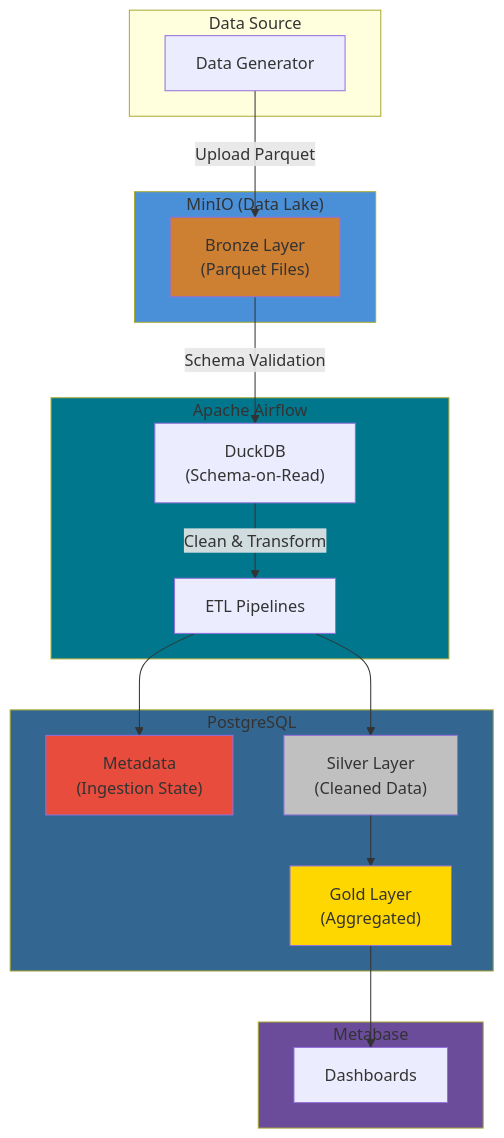
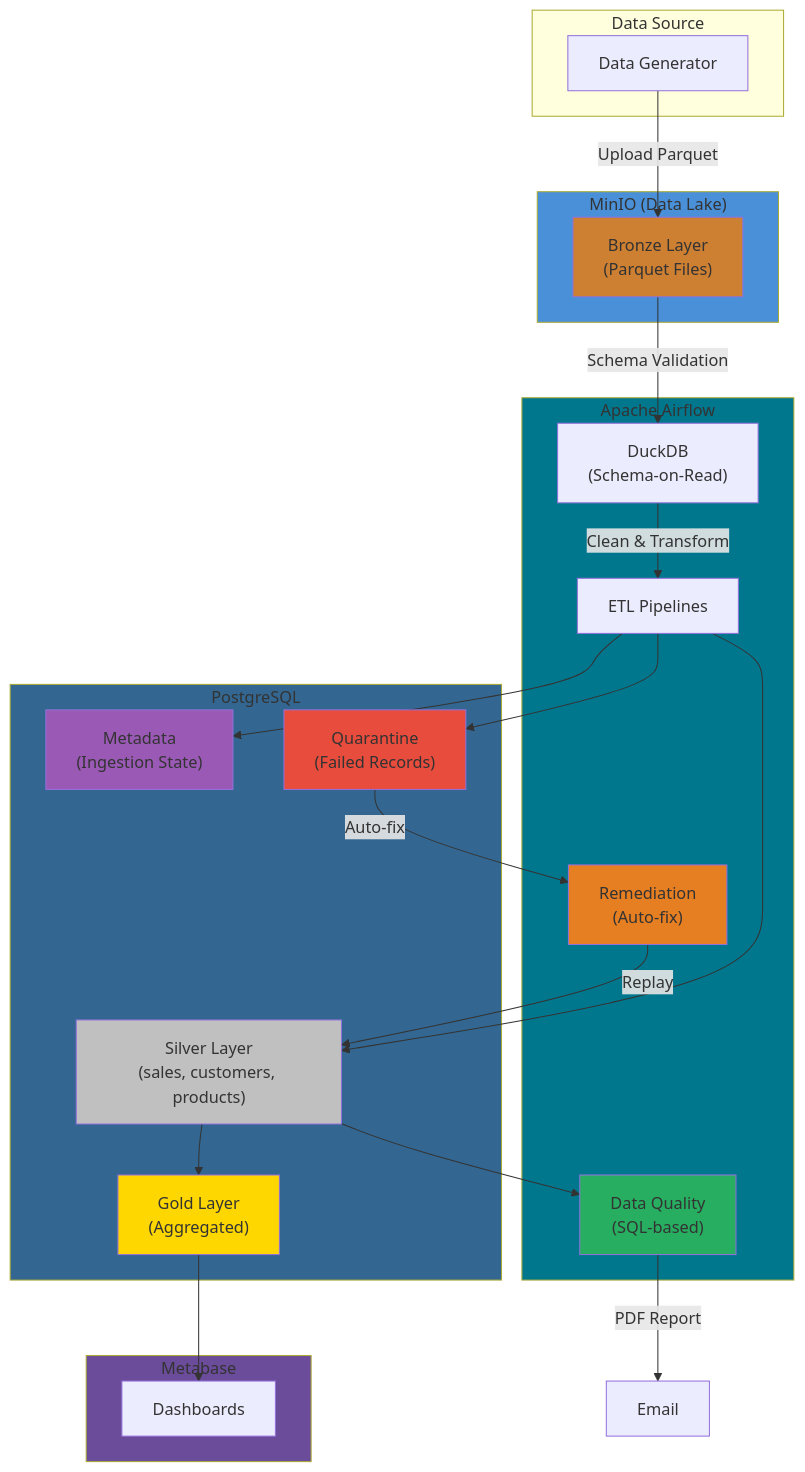
Before and after one commit to Airlectric/Amalitech_CI-CD-and-Workflow-Automation_Mini-Data-Mart: the first of 10 diagrams in docs/architecture/architecture.md, drawn with Mermaid. The commit also changed other lines of this file and 10 other files, not shown here.

````diff
--- a/docs/architecture/architecture.md
+++ b/docs/architecture/architecture.md
@@ -5,42 +5,53 @@
 ```mermaid
 flowchart TB
     subgraph Source["Data Source"]
         DG["Data Generator"]
     end
 
     subgraph Lake["MinIO (Data Lake)"]
         Bronze["Bronze Layer<br/>(Parquet Files)"]
     end
 
     subgraph Airflow["Apache Airflow"]
         DuckDB["DuckDB<br/>(Schema-on-Read)"]
         Pipeline["ETL Pipelines"]
+        Quality["Data Quality<br/>(SQL-based)"]
+        Remediation["Remediation<br/>(Auto-fix)"]
     end
 
     subgraph DW["PostgreSQL"]
         Metadata["Metadata<br/>(Ingestion State)"]
-        Silver["Silver Layer<br/>(Cleaned Data)"]
+        Quarantine["Quarantine<br/>(Failed Records)"]
+        Silver["Silver Layer<br/>(sales, customers, products)"]
         Gold["Gold Layer<br/>(Aggregated)"]
     end
 
     subgraph Viz["Metabase"]
         Dash["Dashboards"]
     end
 
     DG -->|Upload Parquet| Bronze
     Bronze -->|Schema Validation| DuckDB
     DuckDB -->|Clean & Transform| Pipeline
     Pipeline --> Metadata
     Pipeline --> Silver
+    Pipeline --> Quarantine
+    Silver --> Quality
+    Quality -->|PDF Report| Email
+    Quarantine -->|Auto-fix| Remediation
+    Remediation -->|Replay| Silver
     Silver --> Gold
     Gold --> Dash
 
     style Lake fill:#4A90D9
     style Airflow fill:#01778E
     style Bronze fill:#CD7F32
     style Silver fill:#C0C0C0
     style Gold fill:#FFD700
-    style Metadata fill:#E74C3C
+    style Quarantine fill:#E74C3C
+    style Metadata fill:#9B59B6
     style DW fill:#336791
     style Viz fill:#6B4C9A
+    style Quality fill:#27AE60
+    style Remediation fill:#E67E22
 ```
````
